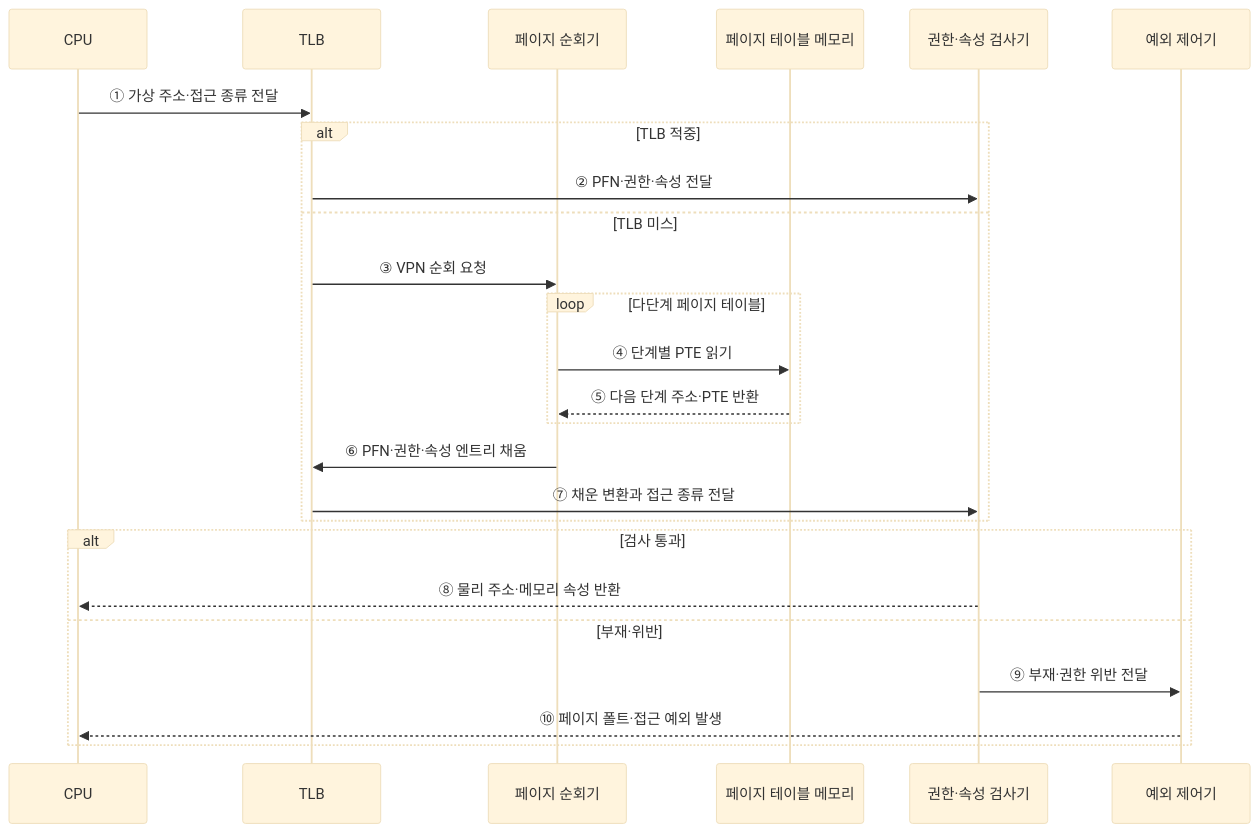
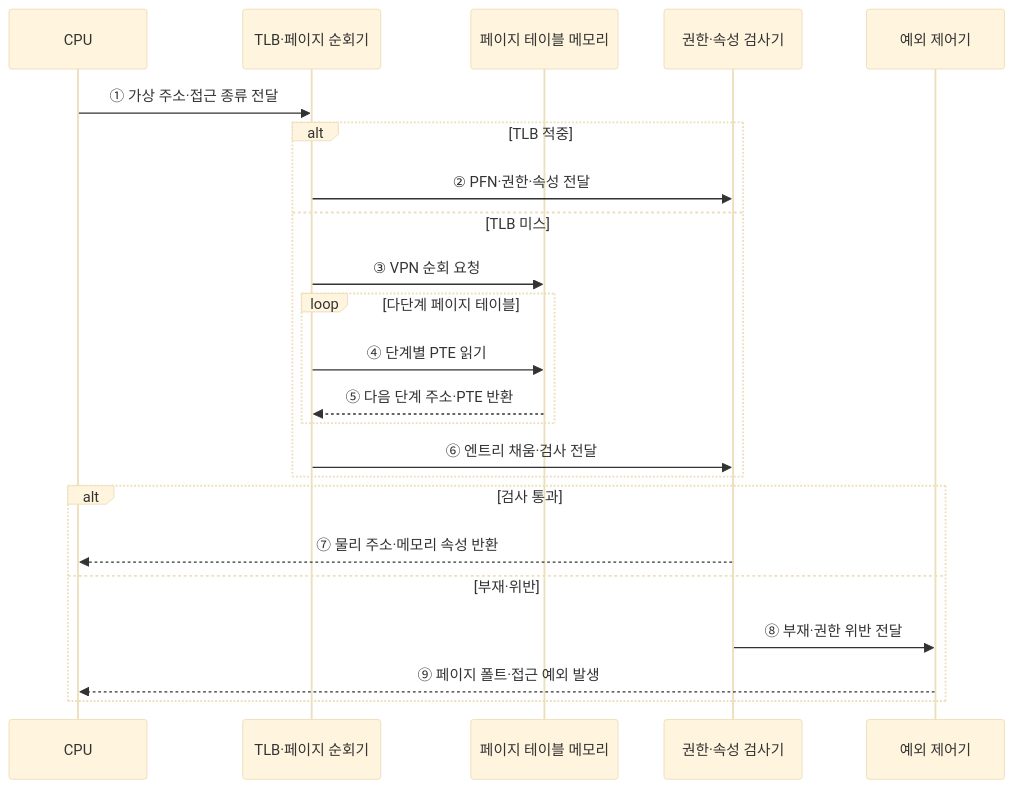
Before and after one commit to agnusdei1207/knowledge-base: the second of 2 diagrams in src/content/docs/notes/02-hardware/020_mmu.md, drawn with Mermaid (base theme). The commit also changed other lines of this file and 20 other files, not shown here.

````diff
--- a/src/content/docs/notes/02-hardware/020_mmu.md
+++ b/src/content/docs/notes/02-hardware/020_mmu.md
@@ -82,27 +82,25 @@
 ```mermaid
 sequenceDiagram
     participant C as CPU
-    participant T as TLB
-    participant W as 페이지 순회기
+    participant V as TLB·페이지 순회기
     participant M as 페이지 테이블 메모리
     participant P as 권한·속성 검사기
     participant E as 예외 제어기
-    C->>T: ① 가상 주소·접근 종류 전달
+    C->>V: ① 가상 주소·접근 종류 전달
     alt TLB 적중
-        T->>P: ② PFN·권한·속성 전달
+        V->>P: ② PFN·권한·속성 전달
     else TLB 미스
-        T->>W: ③ VPN 순회 요청
+        V->>M: ③ VPN 순회 요청
         loop 다단계 페이지 테이블
-            W->>M: ④ 단계별 PTE 읽기
-            M-->>W: ⑤ 다음 단계 주소·PTE 반환
+            V->>M: ④ 단계별 PTE 읽기
+            M-->>V: ⑤ 다음 단계 주소·PTE 반환
         end
-        W->>T: ⑥ PFN·권한·속성 엔트리 채움
-        T->>P: ⑦ 채운 변환과 접근 종류 전달
+        V->>P: ⑥ 엔트리 채움·검사 전달
     end
     alt 검사 통과
-        P-->>C: ⑧ 물리 주소·메모리 속성 반환
+        P-->>C: ⑦ 물리 주소·메모리 속성 반환
     else 부재·위반
-        P->>E: ⑨ 부재·권한 위반 전달
-        E-->>C: ⑩ 페이지 폴트·접근 예외 발생
+        P->>E: ⑧ 부재·권한 위반 전달
+        E-->>C: ⑨ 페이지 폴트·접근 예외 발생
     end
 ```
````
